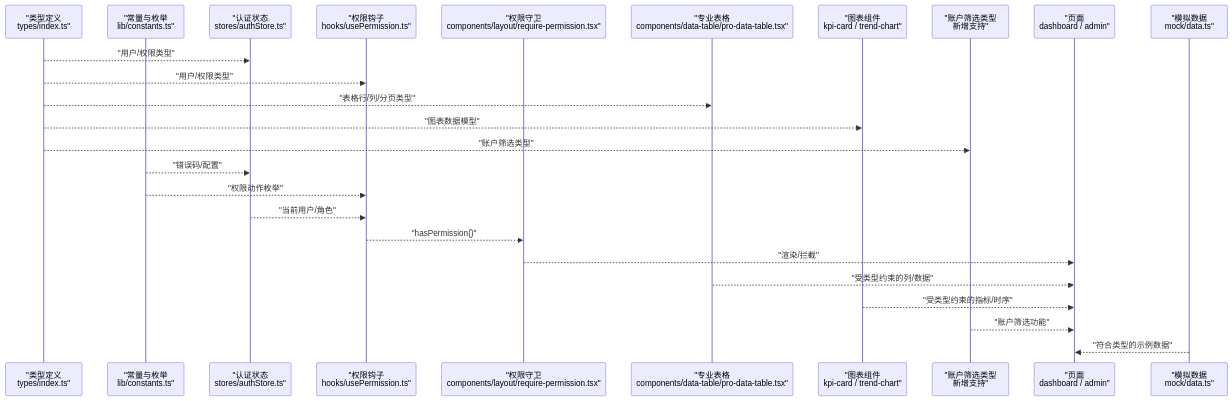
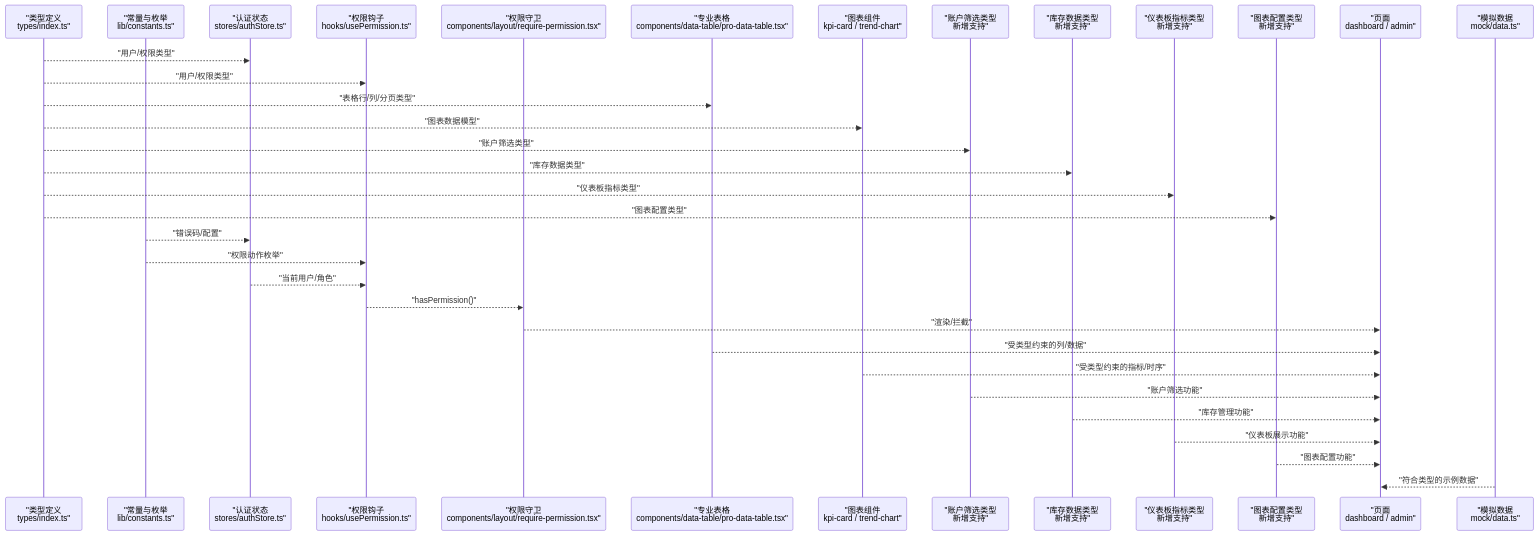
Before and after one commit to Damao997/newproject: the second of 11 diagrams in .qoder/repowiki/zh/content/核心模块/类型定义系统.md, drawn with Mermaid. The commit also changed other lines of this file and 55 other files, not shown here.

````diff
--- a/.qoder/repowiki/zh/content/核心模块/类型定义系统.md
+++ b/.qoder/repowiki/zh/content/核心模块/类型定义系统.md
@@ -158,27 +179,36 @@
 ```mermaid
 sequenceDiagram
 participant Types as "类型定义<br/>types/index.ts"
 participant Consts as "常量与枚举<br/>lib/constants.ts"
 participant Store as "认证状态<br/>stores/authStore.ts"
 participant Hook as "权限钩子<br/>hooks/usePermission.ts"
 participant Guard as "权限守卫<br/>components/layout/require-permission.tsx"
 participant Table as "专业表格<br/>components/data-table/pro-data-table.tsx"
 participant Chart as "图表组件<br/>kpi-card / trend-chart"
 participant AccountFilter as "账户筛选类型<br/>新增支持"
+participant Inventory as "库存数据类型<br/>新增支持"
+participant Dashboard as "仪表板指标类型<br/>新增支持"
+participant ChartConfig as "图表配置类型<br/>新增支持"
 participant Page as "页面<br/>dashboard / admin"
 participant Mock as "模拟数据<br/>mock/data.ts"
 Types-->>Store : "用户/权限类型"
 Types-->>Hook : "用户/权限类型"
 Types-->>Table : "表格行/列/分页类型"
 Types-->>Chart : "图表数据模型"
 Types-->>AccountFilter : "账户筛选类型"
+Types-->>Inventory : "库存数据类型"
+Types-->>Dashboard : "仪表板指标类型"
+Types-->>ChartConfig : "图表配置类型"
 Consts-->>Store : "错误码/配置"
 Consts-->>Hook : "权限动作枚举"
 Store-->>Hook : "当前用户/角色"
 Hook-->>Guard : "hasPermission()"
 Guard-->>Page : "渲染/拦截"
 Table-->>Page : "受类型约束的列/数据"
 Chart-->>Page : "受类型约束的指标/时序"
 AccountFilter-->>Page : "账户筛选功能"
+Inventory-->>Page : "库存管理功能"
+Dashboard-->>Page : "仪表板展示功能"
+ChartConfig-->>Page : "图表配置功能"
 Mock-->>Page : "符合类型的示例数据"
 ```
````
